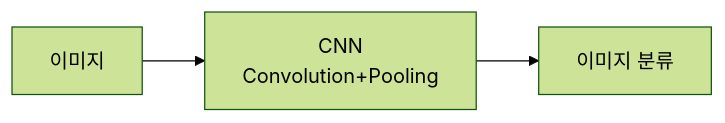
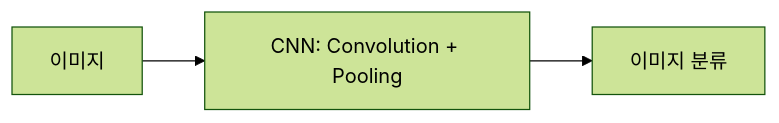
Before and after one commit to sujinchoo/Ai.build.education: the first of 2 diagrams in curriculum/week06.md, drawn with Mermaid (forest theme). The commit also changed other lines of this file and 3 other files, not shown here.

Commit message:
fix: resolve week01/week06 mermaid loading errors

````diff
--- a/curriculum/week06.md
+++ b/curriculum/week06.md
@@ -15,6 +15,5 @@
 ```mermaid
 flowchart LR
-    IMG[이미지] --> CNN[CNN
-Convolution+Pooling]
+    IMG[이미지] --> CNN[CNN: Convolution + Pooling]
     CNN --> CL[이미지 분류]
 ```
````
